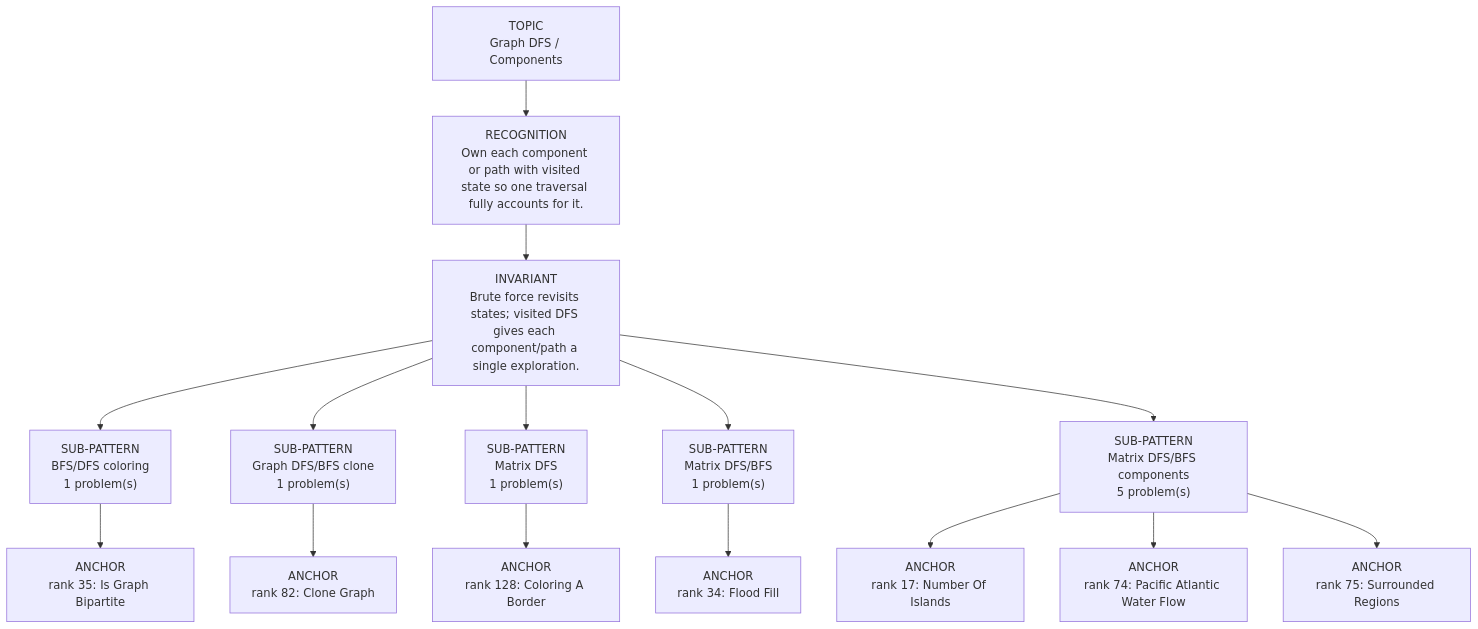
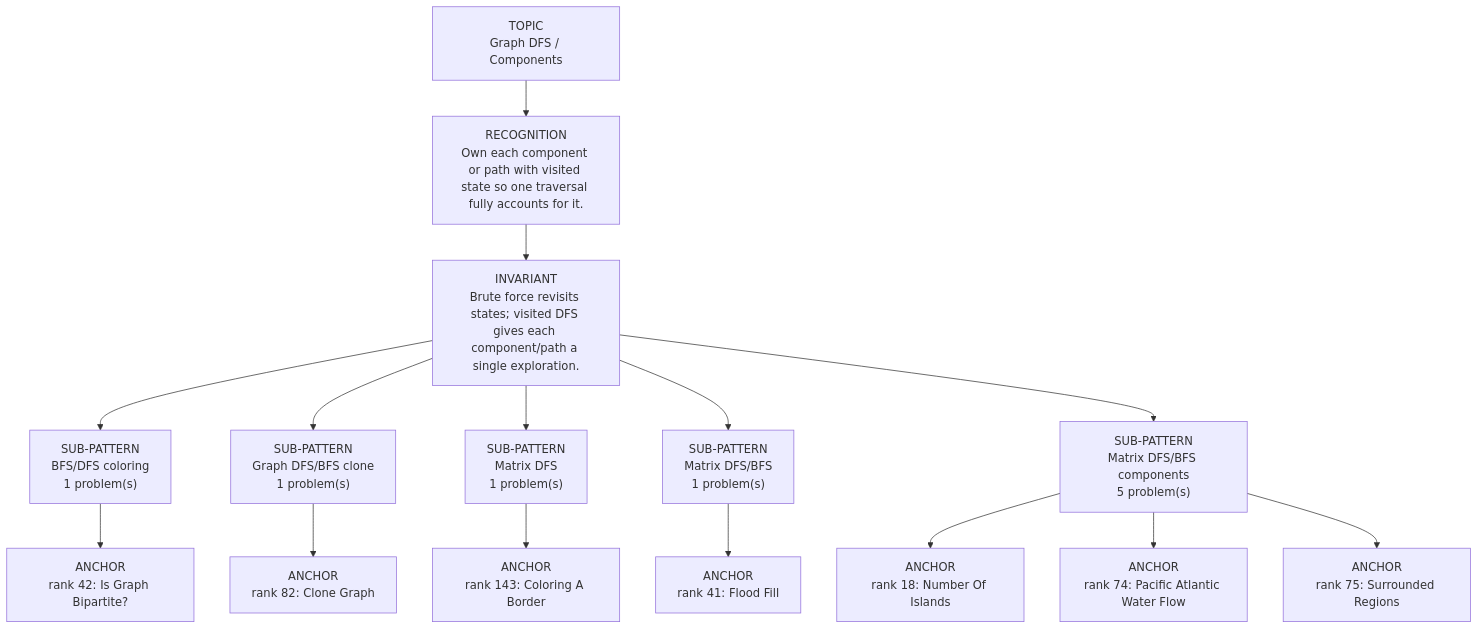
One commit to thechiranjeevjain/DSA10days changed the diagram in dsa-review/interview/patterns/09_graph_dfs.md. Above: the diagram before and after it, drawn with Mermaid. The commit also changed other lines of this file and 36 other files, not shown here.

````diff
--- a/dsa-review/interview/patterns/09_graph_dfs.md
+++ b/dsa-review/interview/patterns/09_graph_dfs.md
@@ -15,19 +15,19 @@
 ```mermaid
 flowchart TD
   Topic["TOPIC<br/>Graph DFS / Components"]
   Recognition["RECOGNITION<br/>Own each component or path with visited state so one traversal fully accounts for it."]
   Invariant["INVARIANT<br/>Brute force revisits states; visited DFS gives each component/path a single exploration."]
   Topic --> Recognition --> Invariant
   Invariant --> Sub01["SUB-PATTERN<br/>BFS/DFS coloring<br/>1 problem(s)"]
-  Sub01 --> Sub01A01["ANCHOR<br/>rank 35: Is Graph Bipartite"]
+  Sub01 --> Sub01A01["ANCHOR<br/>rank 42: Is Graph Bipartite?"]
   Invariant --> Sub02["SUB-PATTERN<br/>Graph DFS/BFS clone<br/>1 problem(s)"]
   Sub02 --> Sub02A01["ANCHOR<br/>rank 82: Clone Graph"]
   Invariant --> Sub03["SUB-PATTERN<br/>Matrix DFS<br/>1 problem(s)"]
-  Sub03 --> Sub03A01["ANCHOR<br/>rank 128: Coloring A Border"]
+  Sub03 --> Sub03A01["ANCHOR<br/>rank 143: Coloring A Border"]
   Invariant --> Sub04["SUB-PATTERN<br/>Matrix DFS/BFS<br/>1 problem(s)"]
-  Sub04 --> Sub04A01["ANCHOR<br/>rank 34: Flood Fill"]
+  Sub04 --> Sub04A01["ANCHOR<br/>rank 41: Flood Fill"]
   Invariant --> Sub05["SUB-PATTERN<br/>Matrix DFS/BFS components<br/>5 problem(s)"]
-  Sub05 --> Sub05A01["ANCHOR<br/>rank 17: Number Of Islands"]
+  Sub05 --> Sub05A01["ANCHOR<br/>rank 18: Number Of Islands"]
   Sub05 --> Sub05A02["ANCHOR<br/>rank 74: Pacific Atlantic Water Flow"]
   Sub05 --> Sub05A03["ANCHOR<br/>rank 75: Surrounded Regions"]
 ```
````
